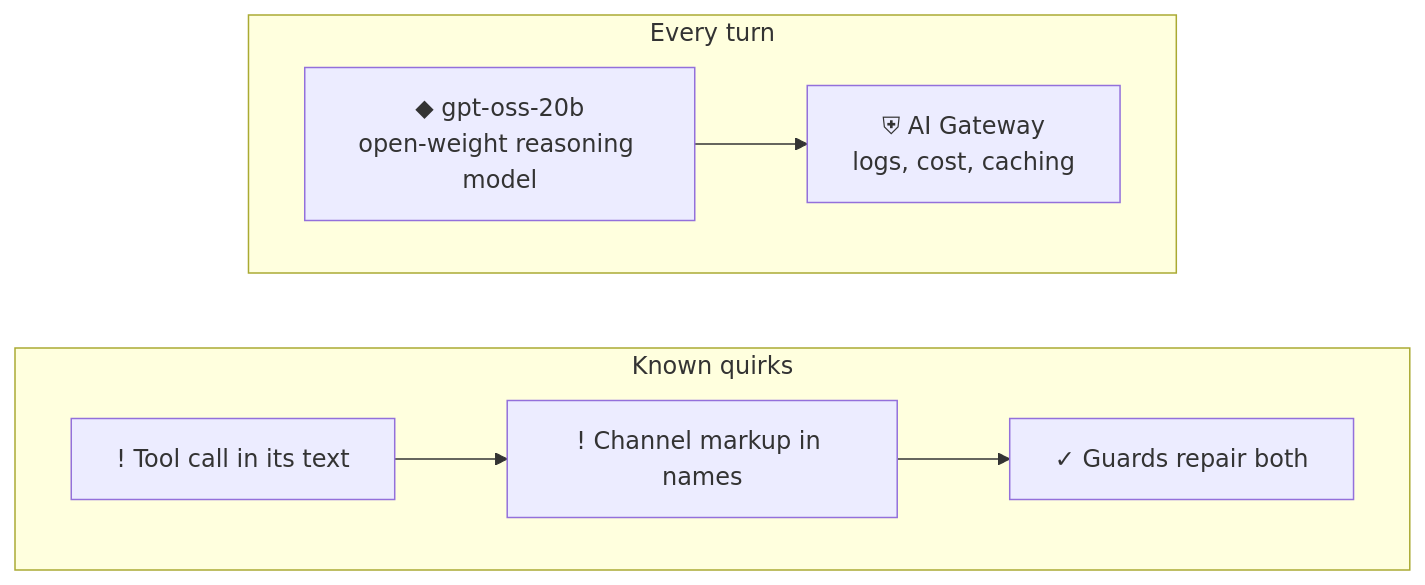
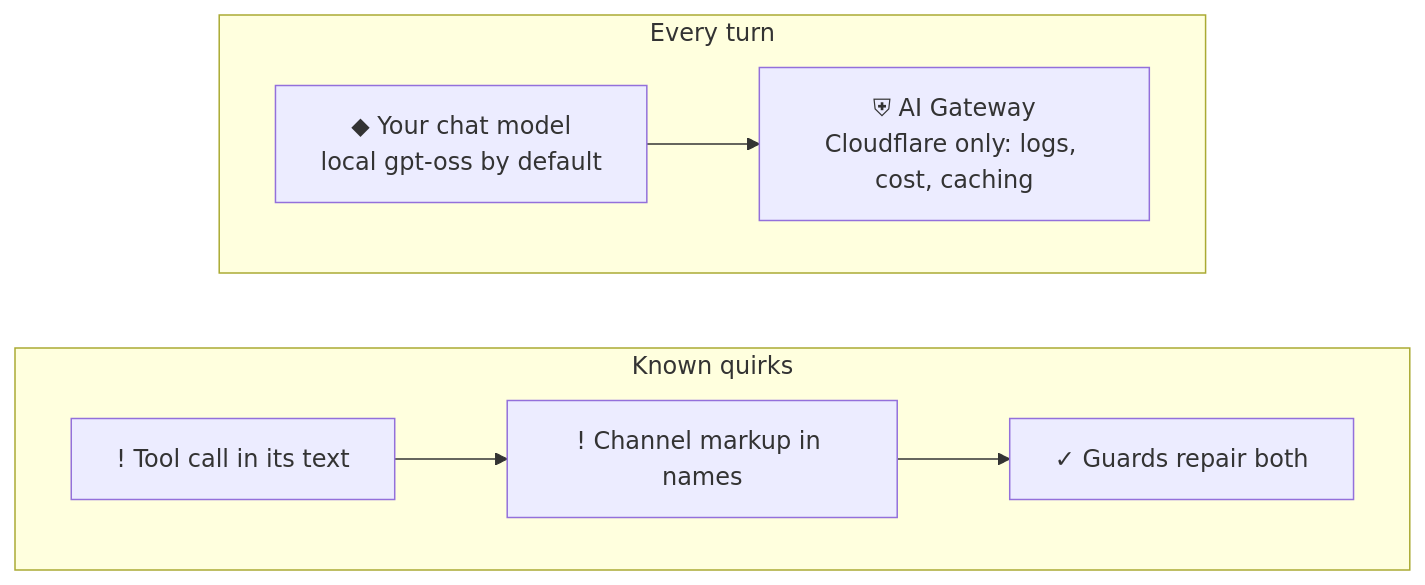
One commit to awbauer/salesforce-marketing-demo changed the ninth of 27 diagrams in docs/learn.md. Above: the diagram before and after it, drawn with Mermaid. The commit also changed other lines of this file and 239 other files, not shown here.

````diff
--- a/docs/learn.md
+++ b/docs/learn.md
@@ -514,17 +515,17 @@
 ```mermaid
 flowchart TB
   subgraph model_guards0_lane0["Every turn"]
     direction LR
-    model_guards0_0_0["◆ gpt-oss-20b<br/>open-weight reasoning model"]
-    model_guards0_0_1["⛨ AI Gateway<br/>logs, cost, caching"]
+    model_guards0_0_0["◆ Your chat model<br/>local gpt-oss by default"]
+    model_guards0_0_1["⛨ AI Gateway<br/>Cloudflare only: logs, cost, caching"]
     model_guards0_0_0 --> model_guards0_0_1
   end
   subgraph model_guards0_lane1["Known quirks"]
     direction LR
     model_guards0_1_0["! Tool call in its text"]
     model_guards0_1_1["! Channel markup in names"]
     model_guards0_1_2["✓ Guards repair both"]
     model_guards0_1_0 --> model_guards0_1_1 --> model_guards0_1_2
   end
   model_guards0_lane0 ~~~ model_guards0_lane1
 ```
````
